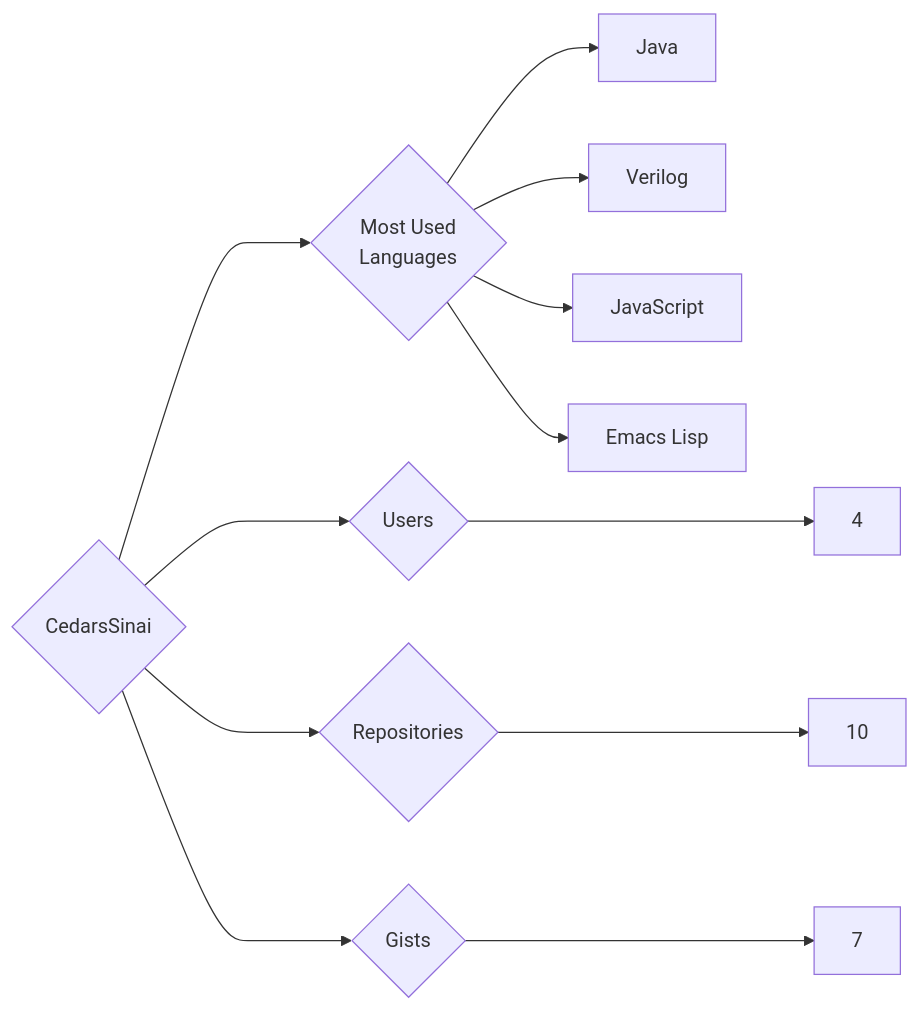
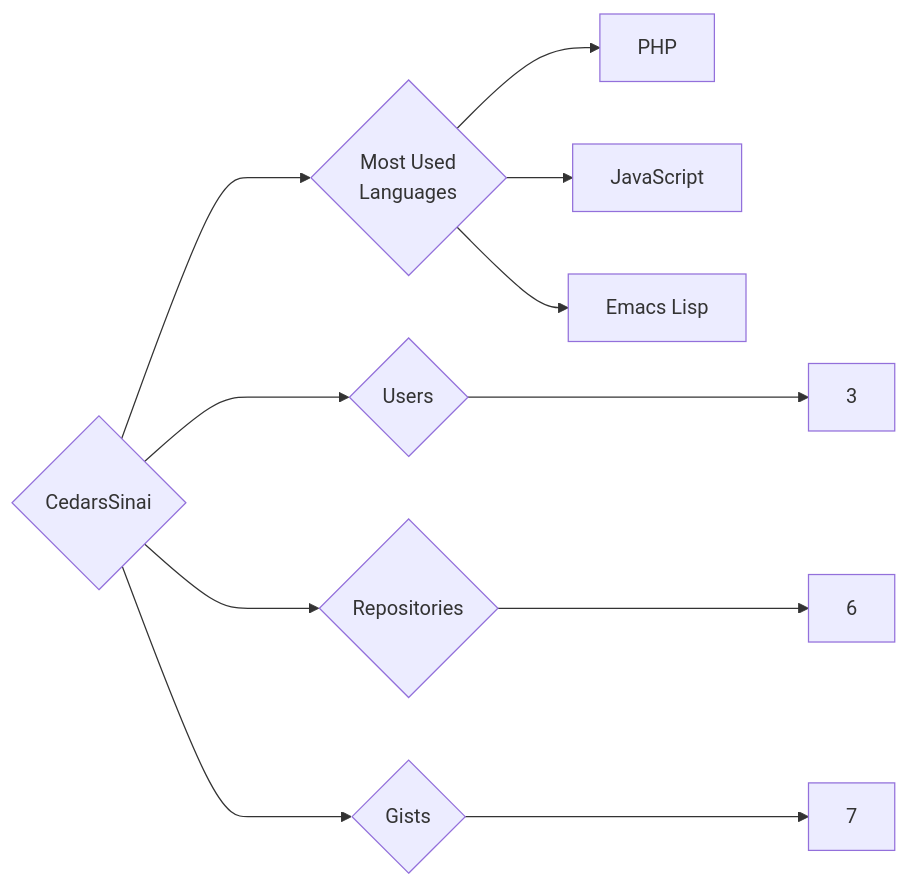
Before and after one commit to trickest/insiders: the diagram in targets/CedarsSinai/README.md, drawn with Mermaid. The commit also changed 912 other files, not shown here.

````diff
--- a/targets/CedarsSinai/README.md
+++ b/targets/CedarsSinai/README.md
@@ -3,12 +3,11 @@
 ```mermaid
 graph LR
 COMPANY_NAME{CedarsSinai}
-COMPANY_NAME ---> U{Users} ---> UN[4]
-COMPANY_NAME ---> R{Repositories} ---> RN[10]
+COMPANY_NAME ---> U{Users} ---> UN[3]
+COMPANY_NAME ---> R{Repositories} ---> RN[6]
 COMPANY_NAME ---> G{Gists} ---> GN[7]
 COMPANY_NAME ---> ML{Most Used<br>Languages}
-ML --> Java[Java]
-ML --> Verilog[Verilog]
+ML --> PHP[PHP]
 ML --> JavaScript[JavaScript]
 ML --> Emacs_Lisp[Emacs Lisp]
 ```
````
